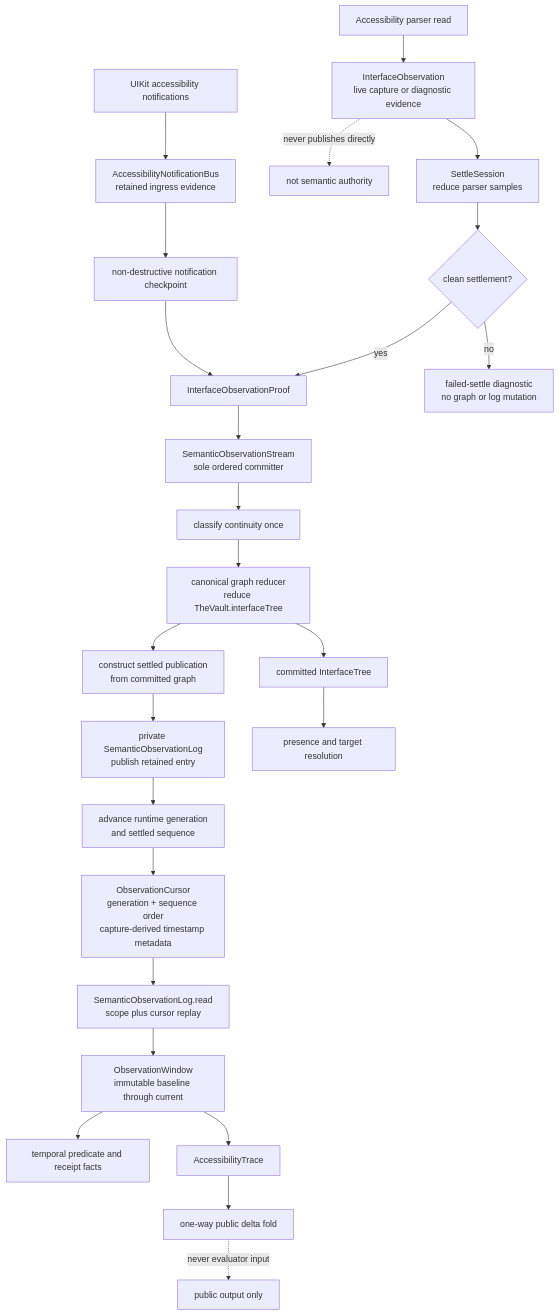
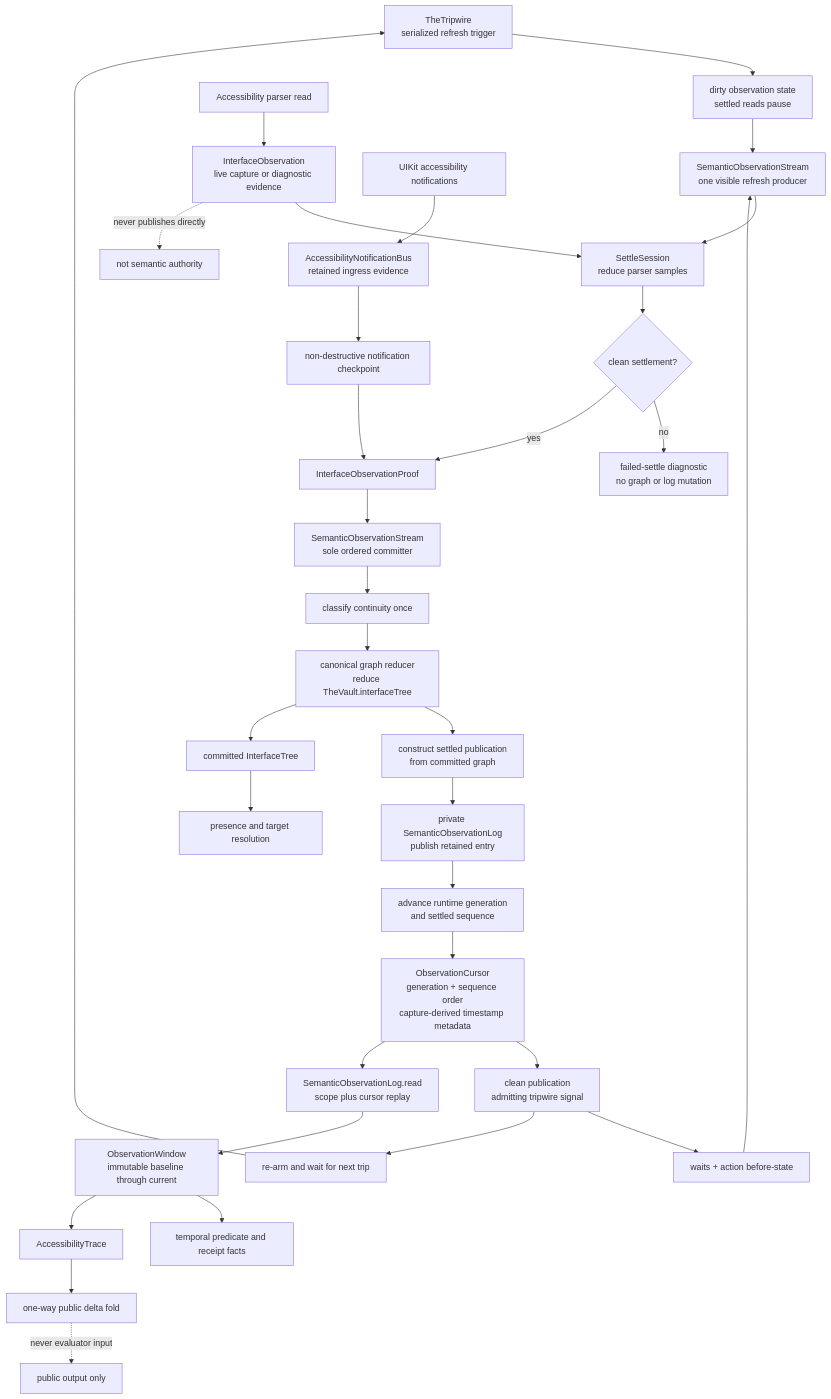
Before and after one commit to RoyalPineapple/TheButtonHeist: the first of 5 diagrams in docs/diagrams/observation-pipeline.md, drawn with Mermaid. The commit also changed other lines of this file and 22 other files, not shown here.

````diff
--- a/docs/diagrams/observation-pipeline.md
+++ b/docs/diagrams/observation-pipeline.md
@@ -30,29 +32,37 @@
 ```mermaid
 flowchart TD
+    Tripwire["TheTripwire<br/>serialized refresh trigger"] --> Dirty["dirty observation state<br/>settled reads pause"]
+    Dirty --> Producer["SemanticObservationStream<br/>one visible refresh producer"]
+    Consumers["waits + action before-state"] --> Producer
+    Producer --> Settle
     Parser["Accessibility parser read"] --> Raw["InterfaceObservation<br/>live capture or diagnostic evidence"]
     Raw --> Settle["SettleSession<br/>reduce parser samples"]
     Raw -. "never publishes directly" .-> NoAuthority["not semantic authority"]
     Signals["UIKit accessibility notifications"] --> Bus["AccessibilityNotificationBus<br/>retained ingress evidence"]
     Bus --> Checkpoint["non-destructive notification checkpoint"]
     Checkpoint --> Proof
     Settle --> Clean{"clean settlement?"}
     Clean -->|no| Diagnostic["failed-settle diagnostic<br/>no graph or log mutation"]
     Clean -->|yes| Proof["InterfaceObservationProof"]
 
     Proof --> Committer["SemanticObservationStream<br/>sole ordered committer"]
     Committer --> Continuity["classify continuity once"]
     Continuity --> Graph["canonical graph reducer<br/>reduce TheVault.interfaceTree"]
     Graph --> Publication["construct settled publication<br/>from committed graph"]
     Publication --> Log["private SemanticObservationLog<br/>publish retained entry"]
     Log --> Runtime["advance runtime generation<br/>and settled sequence"]
     Runtime --> Cursor["ObservationCursor<br/>generation + sequence order<br/>capture-derived timestamp metadata"]
+    Cursor --> Seal["clean publication<br/>admitting tripwire signal"]
+    Seal --> Consumers
+    Seal --> Armed["re-arm and wait for next trip"]
+    Armed --> Tripwire
     Cursor --> Entries["SemanticObservationLog.read<br/>scope plus cursor replay"]
 
     Current["committed InterfaceTree"] --> Presence["presence and target resolution"]
     Graph --> Current
     Entries --> Window["ObservationWindow<br/>immutable baseline through current"]
     Window --> Temporal["temporal predicate and receipt facts"]
     Window --> Trace["AccessibilityTrace"]
     Trace --> Delta["one-way public delta fold"]
     Delta -. "never evaluator input" .-> Output["public output only"]
 ```
````
